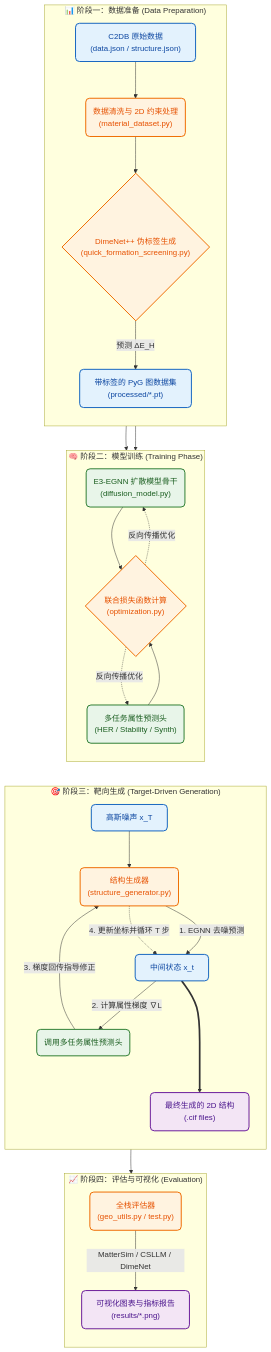
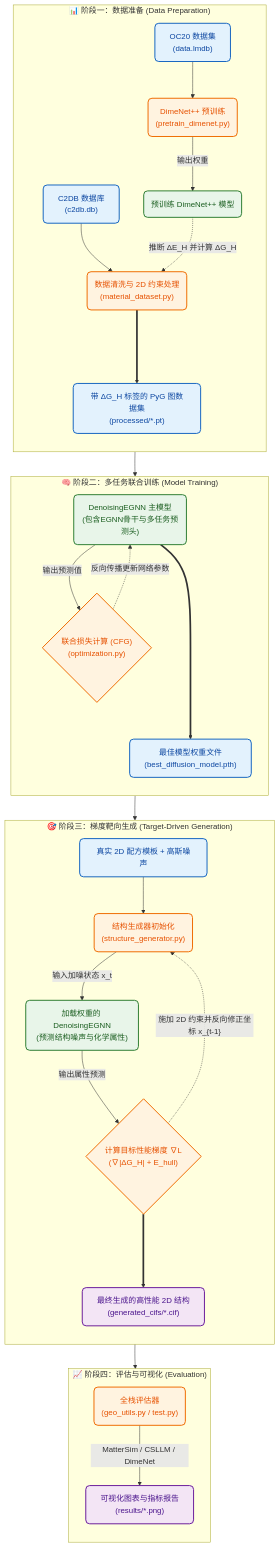
The diagram in README.md (Reinhard-Liu/2Dmaterial_gen), drawn with Mermaid before and after one commit.

````diff
--- a/README.md
+++ b/README.md
@@ -10,53 +10,59 @@
 ```mermaid
 flowchart TD
     %% ================= 样式定义 (Material Design 色系) =================
     classDef data fill:#E3F2FD,stroke:#1565C0,stroke-width:2px,color:#0D47A1,rx:8px,ry:8px;
     classDef process fill:#FFF3E0,stroke:#EF6C00,stroke-width:2px,color:#E65100,rx:8px,ry:8px;
     classDef model fill:#E8F5E9,stroke:#2E7D32,stroke-width:2px,color:#1B5E20,rx:8px,ry:8px;
     classDef output fill:#F3E5F5,stroke:#6A1B9A,stroke-width:2px,color:#4A148C,rx:8px,ry:8px;
 
     %% ================= 阶段一：数据准备 =================
     subgraph Phase1 ["📊 阶段一：数据准备 (Data Preparation)"]
         direction TB
-        A["C2DB 原始数据<br/>(data.json / structure.json)"]:::data --> B("数据清洗与 2D 约束处理<br/>(material_dataset.py)"):::process
-        B --> C{"DimeNet++ 伪标签生成<br/>(quick_formation_screening.py)"}:::process
-        C -- "预测 ΔE_H" --> D["带标签的 PyG 图数据集<br/>(processed/*.pt)"]:::data
+        A1["OC20 数据集<br/>(data.lmdb)"]:::data --> B1("DimeNet++ 预训练<br/>(pretrain_dimenet.py)"):::process
+        B1 -- "输出权重" --> C1("预训练 DimeNet++ 模型"):::model
+        
+        A2["C2DB 数据库<br/>(c2db.db)"]:::data --> B2("数据清洗与 2D 约束处理<br/>(material_dataset.py)"):::process
+        C1 -. "推断 ΔE_H 并计算 ΔG_H" .-> B2
+        B2 ===> D["带 ΔG_H 标签的 PyG 图数据集<br/>(processed/*.pt)"]:::data
     end
 
     %% ================= 阶段二：模型训练 =================
-    subgraph Phase2 ["🧠 阶段二：模型训练 (Training Phase)"]
+    subgraph Phase2 ["🧠 阶段二：多任务联合训练 (Model Training)"]
         direction TB
-        D --> E("E3-EGNN 扩散模型骨干<br/>(diffusion_model.py)"):::model
-        D --> F("多任务属性预测头<br/>(HER / Stability / Synth)"):::model
-        E --> G{"联合损失函数计算<br/>(optimization.py)"}:::process
-        F --> G
-        G -. "反向传播优化" .-> E
-        G -. "反向传播优化" .-> F
+        D --> Model_Train("DenoisingEGNN 主模型<br/>(包含EGNN骨干与多任务预测头)"):::model
+        Model_Train -- "输出预测值" --> Loss{"联合损失计算 (CFG)<br/>(optimization.py)"}:::process
+        Loss -. "反向传播更新网络参数" .-> Model_Train
+        
+        %% 核心产物：接力棒
+        Model_Train ===> Weights["最佳模型权重文件<br/>(best_diffusion_model.pth)"]:::data
     end
 
     %% ================= 阶段三：靶向生成 =================
-    subgraph Phase3 ["🎯 阶段三：靶向生成 (Target-Driven Generation)"]
+    subgraph Phase3 ["🎯 阶段三：梯度靶向生成 (Target-Driven Generation)"]
         direction TB
-        H["高斯噪声 x_T"]:::data --> I("结构生成器<br/>(structure_generator.py)"):::process
-        I -- "1. EGNN 去噪预测" --> J["中间状态 x_t"]:::data
         
-        %% 独立推理节点，避免跨子图连线导致画面杂乱
-        J -- "2. 计算属性梯度 ∇L" --> F_infer("调用多任务属性预测头"):::model
-        F_infer -- "3. 梯度回传指导修正" --> I
+        %% 权重注入与初始化
+        Weights --> Gen_Init("结构生成器初始化<br/>(structure_generator.py)"):::process
+        Templates["真实 2D 配方模板 + 高斯噪声"]:::data --> Gen_Init
         
-        I -. "4. 更新坐标并循环 T 步" .-> J
-        J ===> K["最终生成的 2D 结构<br/>(.cif files)"]:::output
+        %% 采样与优化循环
+        Gen_Init -- "输入加噪状态 x_t" --> Model_Infer("加载权重的 DenoisingEGNN<br/>(预测结构噪声与化学属性)"):::model
+        Model_Infer -- "输出属性预测" --> Grad_Calc{"计算目标性能梯度 ∇L<br/>(∇|ΔG_H| + E_hull)"}:::process
+        Grad_Calc -. "施加 2D 约束并反向修正坐标 x_{t-1}" .-> Gen_Init
+        
+        %% 最终输出
+        Grad_Calc ===> CIFs["最终生成的高性能 2D 结构<br/>(generated_cifs/*.cif)"]:::output
     end
 
     %% ================= 阶段四：评估与可视化 =================
     subgraph Phase4 ["📈 阶段四：评估与可视化 (Evaluation)"]
         direction TB
-        K --> L("全栈评估器<br/>(geo_utils.py / test.py)"):::process
+        CIFs --> L("全栈评估器<br/>(geo_utils.py / test.py)"):::process
         L -- "MatterSim / CSLLM / DimeNet" --> M["可视化图表与指标报告<br/>(results/*.png)"]:::output
     end
 
-    %% ================= 跨阶段层级约束 (保持整体从上到下的整洁排版) =================
+    %% ================= 跨阶段层级排版约束 =================
     Phase1 ~~~ Phase2
     Phase2 ~~~ Phase3
     Phase3 ~~~ Phase4
 ```
````
